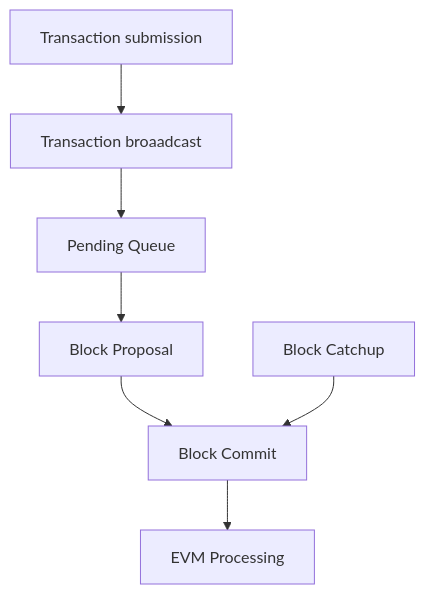
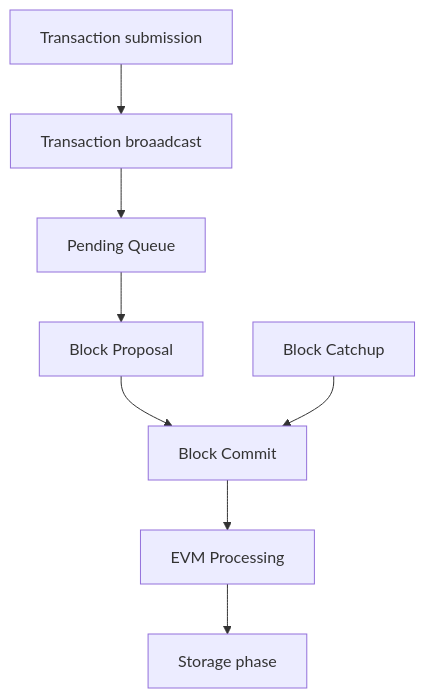
One commit to twizzworld/docs.skale.network changed the first of 2 diagrams in components/technology/modules/ROOT/pages/consensus-spec.adoc. Above: the diagram before and after it, drawn with Mermaid. The commit also changed other lines of this file, not shown here.

````diff
--- a/components/technology/modules/ROOT/pages/consensus-spec.adoc
+++ b/components/technology/modules/ROOT/pages/consensus-spec.adoc
@@ -23,5 +23,6 @@
 ```mermaid
 flowchart TD
-    b0[Transaction submission] --> b1[Transaction broaadcast] --> b2[Pending Queue] --> b3[Block Proposal] --> b4[Block Commit] --> b5[EVM Processing]
+    b0[Transaction submission] --> b1[Transaction broaadcast] --> b2[Pending Queue] --> b3[Block Proposal] --> b4[Block Commit] --> b5[EVM Processing] -->
+    b9[Storage phase]
     b6[Block Catchup] -->b4
 ```
````
